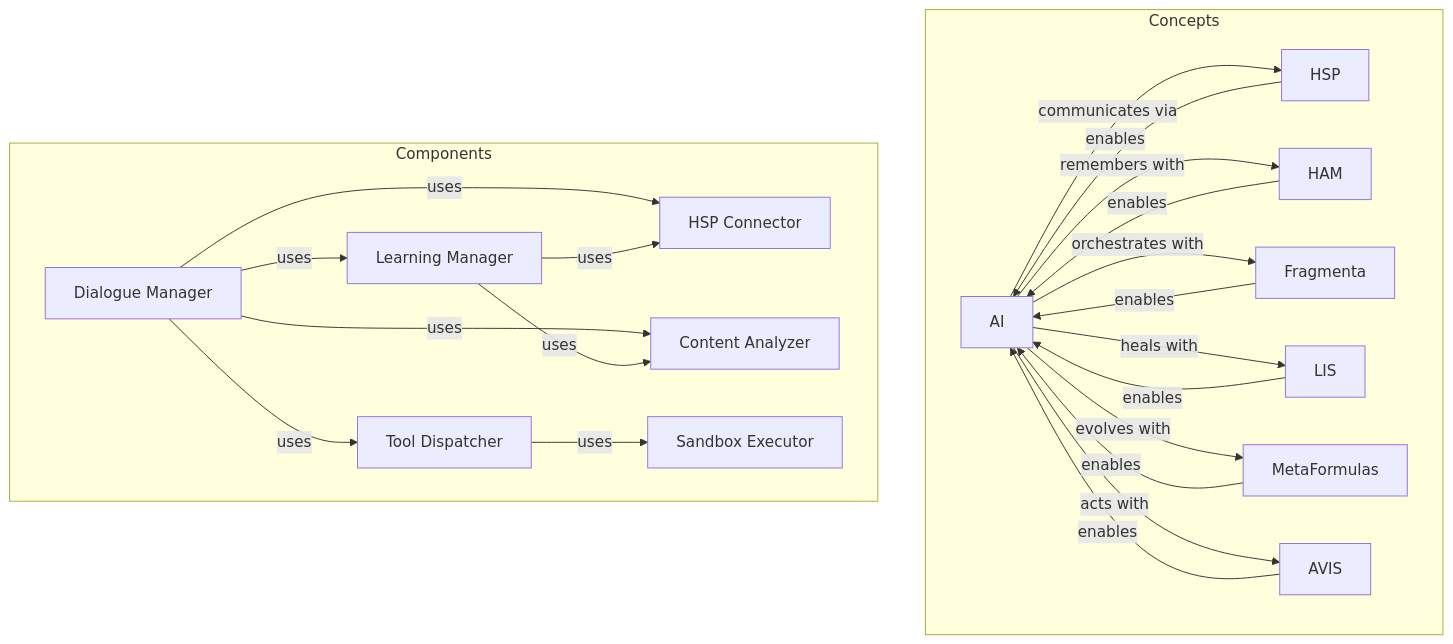
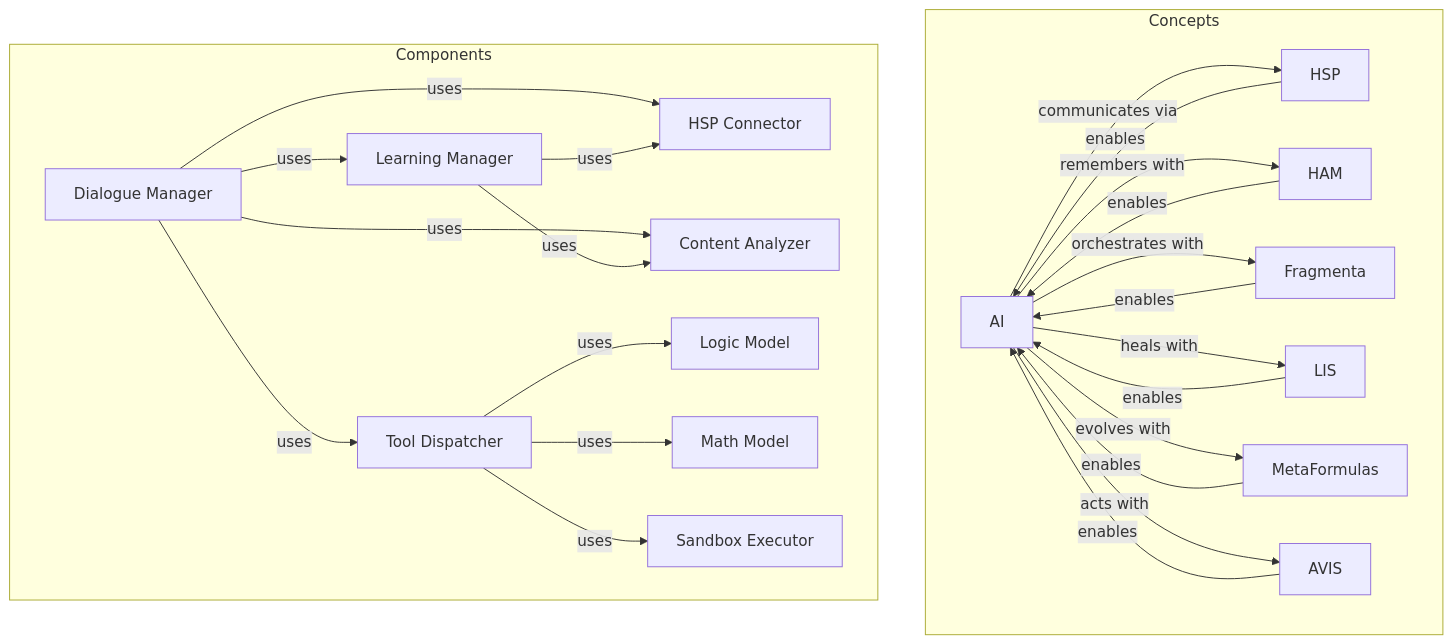
The diagram in docs/architecture/knowledge_graph.md (catcatAI/Unified-AI-Project), drawn with Mermaid before and after one commit. The commit also changed 7 other files, not shown here.

````diff
--- a/docs/architecture/knowledge_graph.md
+++ b/docs/architecture/knowledge_graph.md
@@ -1,45 +1,50 @@
 ```mermaid
 graph TD
     subgraph Concepts
         A[AI]
         B[HSP]
         C[HAM]
         D[Fragmenta]
         E[LIS]
         F[MetaFormulas]
         G[AVIS]
     end
 
     subgraph Components
         H[Dialogue Manager]
         I[Learning Manager]
         J[HSP Connector]
         K[Content Analyzer]
         L[Tool Dispatcher]
         M[Sandbox Executor]
+        LM[Logic Model]
+        MM[Math Model]
     end
 
     A -- "communicates via" --> B
     A -- "remembers with" --> C
     A -- "orchestrates with" --> D
     A -- "heals with" --> E
     A -- "evolves with" --> F
     A -- "acts with" --> G
 
     H -- "uses" --> I
     H -- "uses" --> J
     H -- "uses" --> K
     H -- "uses" --> L
 
+    L -- "uses" --> LM
+    L -- "uses" --> MM
+
     I -- "uses" --> J
     I -- "uses" --> K
 
     L -- "uses" --> M
 
     B -- "enables" --> A
     C -- "enables" --> A
     D -- "enables" --> A
     E -- "enables" --> A
     F -- "enables" --> A
     G -- "enables" --> A
 ```
````
